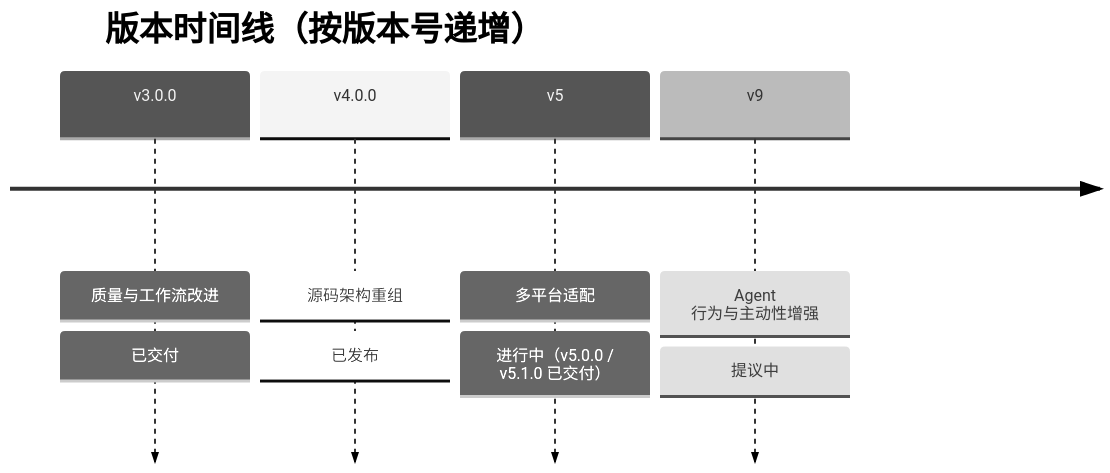
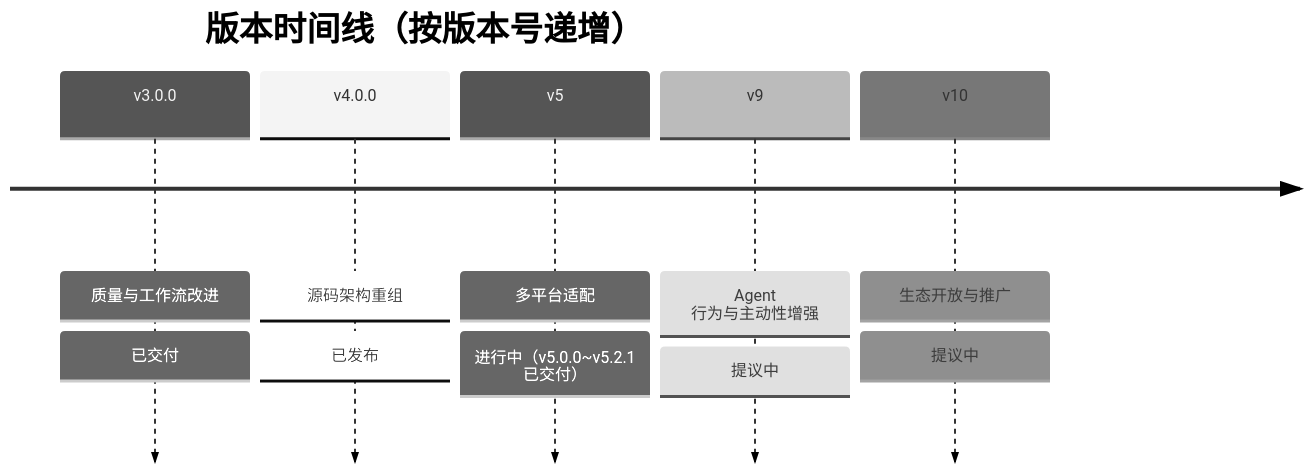
Before and after one commit to THZSummer/sddu: the second of 8 diagrams in .sddu/ROADMAP.md, drawn with Mermaid (neutral theme). The commit also changed other lines of this file, not shown here.

First line of the commit message:
docs(roadmap): 规划 v10 生态开放大版本（custom-sddu + sddu 推广）

````diff
--- a/.sddu/ROADMAP.md
+++ b/.sddu/ROADMAP.md
@@ -36,8 +36,9 @@
 ```mermaid
 timeline
     title 版本时间线（按版本号递增）
     v3.0.0 : 质量与工作流改进 : 已交付
     v4.0.0 : 源码架构重组 : 已发布
-    v5 : 多平台适配 : 进行中（v5.0.0 / v5.1.0 已交付）
+    v5 : 多平台适配 : 进行中（v5.0.0~v5.2.1 已交付）
     v9 : Agent 行为与主动性增强 : 提议中
+    v10 : 生态开放与推广 : 提议中
 ```
````
